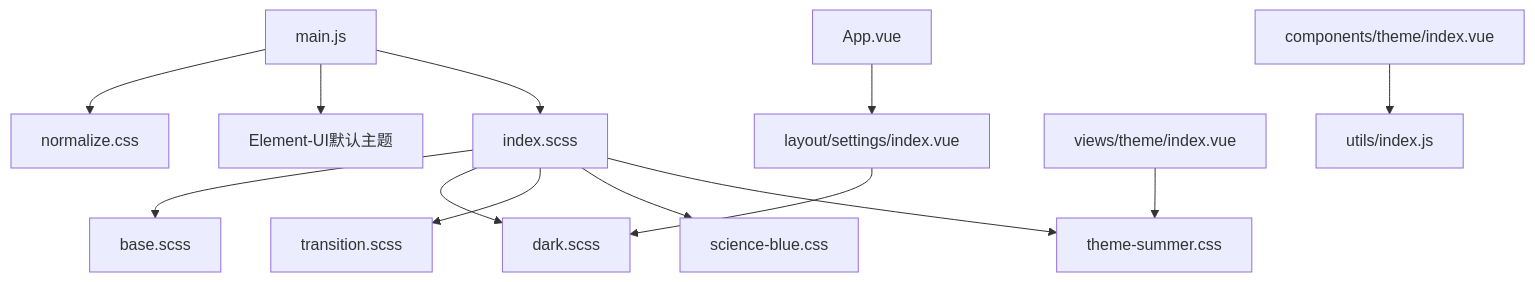
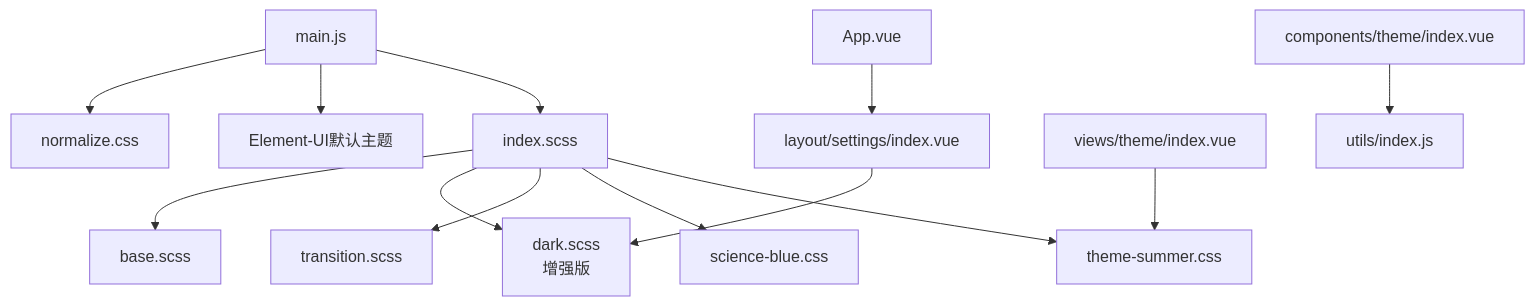
The seventh of 7 diagrams in .qoder/repowiki/zh/content/主题定制.md (Neveryu/vue-cms), drawn with Mermaid before and after one commit. The commit also changed other lines of this file and 8 other files, not shown here.

````diff
--- a/.qoder/repowiki/zh/content/主题定制.md
+++ b/.qoder/repowiki/zh/content/主题定制.md
@@ -269,15 +306,15 @@
 ```mermaid
 graph TB
 M["main.js"] --> N["normalize.css"]
 M --> E["Element-UI默认主题"]
 M --> S["index.scss"]
 S --> B["base.scss"]
-S --> D["dark.scss"]
+S --> D["dark.scss<br/>增强版"]
 S --> T["transition.scss"]
 S --> SB["science-blue.css"]
 S --> TS["theme-summer.css"]
 T1["components/theme/index.vue"] --> U["utils/index.js"]
 T2["views/theme/index.vue"] --> TS
 P["layout/settings/index.vue"] --> D
 APP["App.vue"] --> P
 ```
````
